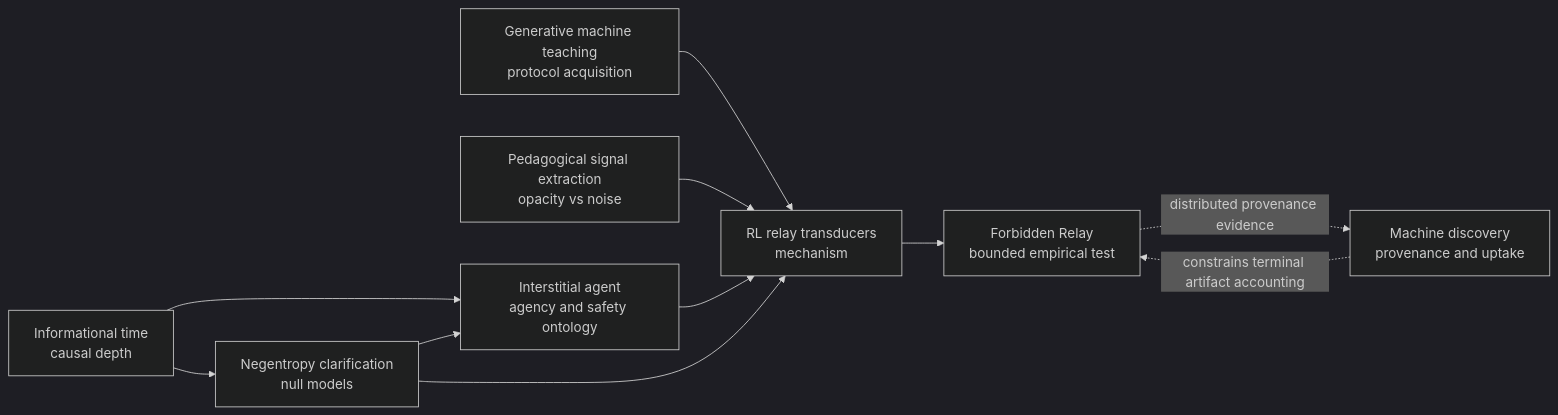
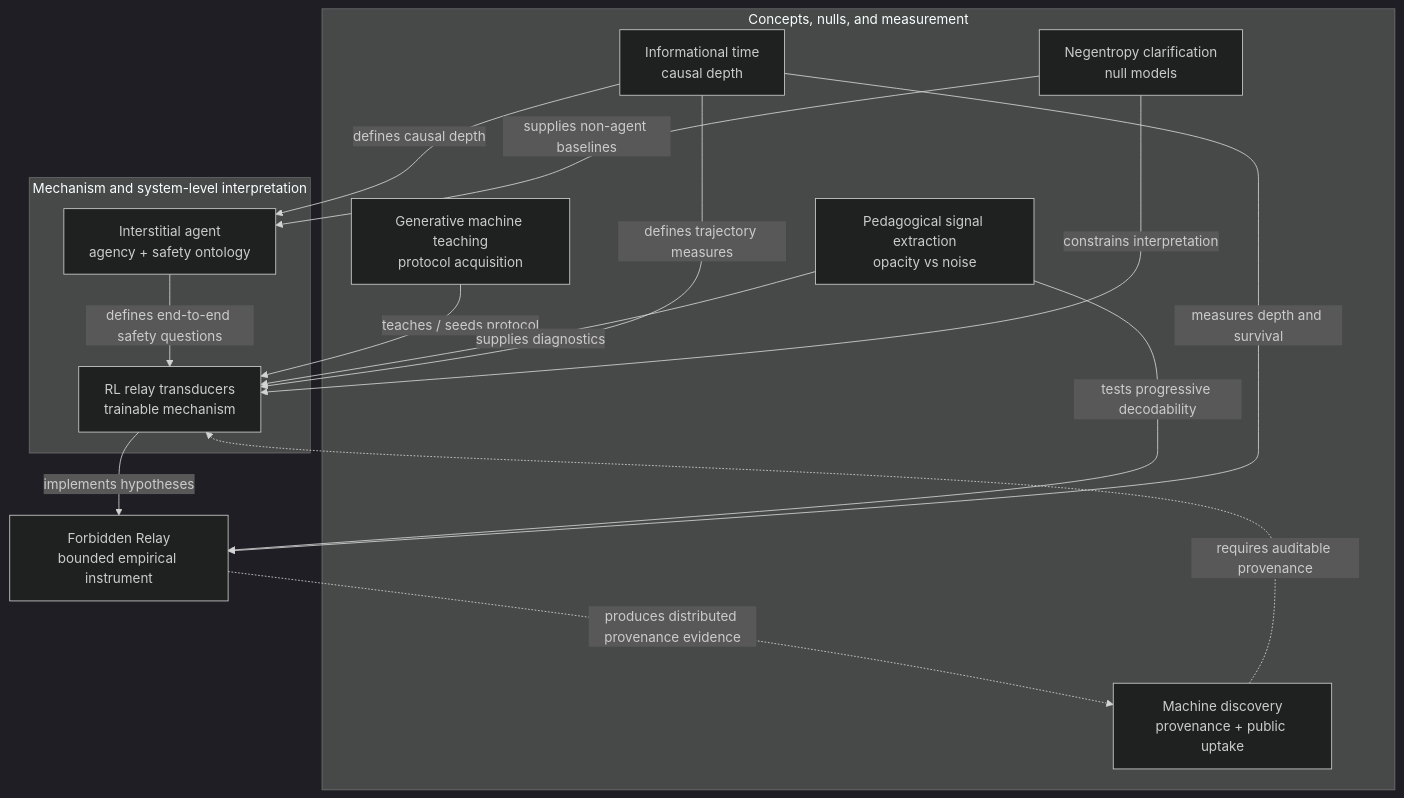
One commit to franklinbaldo/papers changed the diagram in machine_interaction_program.md. Above: the diagram before and after it, drawn with Mermaid (dark theme). The commit also changed other lines of this file, not shown here.

Commit message:
docs: clarify machine-interaction research dependency graph

````diff
--- a/machine_interaction_program.md
+++ b/machine_interaction_program.md
@@ -104,13 +104,30 @@
 ```mermaid
-flowchart LR
-    GMT[Generative machine teaching<br/>protocol acquisition] --> RLT[RL relay transducers<br/>mechanism]
-    PSE[Pedagogical signal extraction<br/>opacity vs noise] --> RLT
-    IT[Informational time<br/>causal depth] --> IA[Interstitial agent<br/>agency and safety ontology]
-    IT --> NC[Negentropy clarification<br/>null models]
-    NC --> IA
-    NC --> RLT
-    IA --> RLT
-    RLT --> FR[Forbidden Relay<br/>bounded empirical test]
-    MD[Machine discovery<br/>provenance and uptake] -. constrains terminal artifact accounting .-> FR
-    FR -. distributed provenance evidence .-> MD
+flowchart TD
+    subgraph C[Concepts, nulls, and measurement]
+        GMT[Generative machine teaching<br/>protocol acquisition]
+        PSE[Pedagogical signal extraction<br/>opacity vs noise]
+        IT[Informational time<br/>causal depth]
+        NC[Negentropy clarification<br/>null models]
+        MD[Machine discovery<br/>provenance + public uptake]
+    end
+
+    subgraph M[Mechanism and system-level interpretation]
+        IA[Interstitial agent<br/>agency + safety ontology]
+        RLT[RL relay transducers<br/>trainable mechanism]
+    end
+
+    FR[Forbidden Relay<br/>bounded empirical instrument]
+
+    GMT -->|teaches / seeds protocol| RLT
+    PSE -->|supplies diagnostics| RLT
+    IT -->|defines causal depth| IA
+    IT -->|defines trajectory measures| RLT
+    NC -->|supplies non-agent baselines| IA
+    NC -->|constrains interpretation| RLT
+    IA -->|defines end-to-end safety questions| RLT
+    RLT -->|implements hypotheses| FR
+    PSE -->|tests progressive decodability| FR
+    IT -->|measures depth and survival| FR
+    MD -.->|requires auditable provenance| RLT
+    FR -.->|produces distributed provenance evidence| MD
 ```
````
